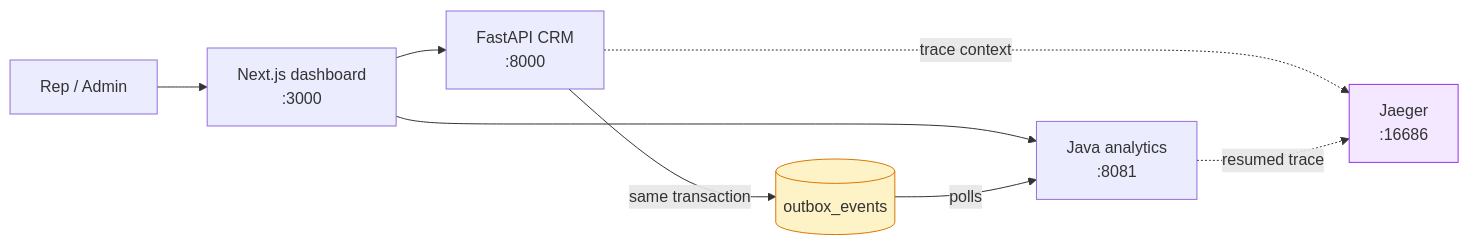
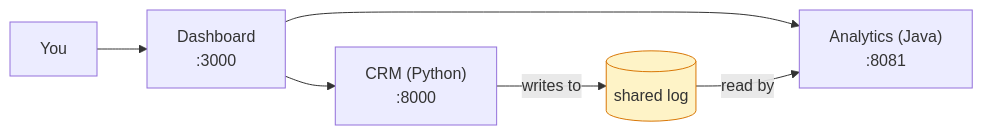
One commit to sssahoo-lang/dealflow-agents changed the first of 2 diagrams in README.md. Above: the diagram before and after it, drawn with Mermaid. The commit also changed other lines of this file and 1 other file, not shown here.

````diff
--- a/README.md
+++ b/README.md
@@ -21,13 +45,10 @@
 ```mermaid
 flowchart LR
-    U["Rep / Admin"] --> D["Next.js dashboard<br/>:3000"]
-    D --> API["FastAPI CRM<br/>:8000"]
-    D --> AN["Java analytics<br/>:8081"]
-    API -->|"same transaction"| OB[("outbox_events")]
-    OB -->|polls| AN
-    API -.->|"trace context"| T["Jaeger<br/>:16686"]
-    AN -.->|"resumed trace"| T
+    U["You"] --> D["Dashboard<br/>:3000"]
+    D --> API["CRM (Python)<br/>:8000"]
+    D --> AN["Analytics (Java)<br/>:8081"]
+    API -->|"writes to"| OB[("shared log")]
+    OB -->|"read by"| AN
 
     style OB fill:#fef3c7,stroke:#d97706
-    style T fill:#f3e8ff,stroke:#9333ea
 ```
````
